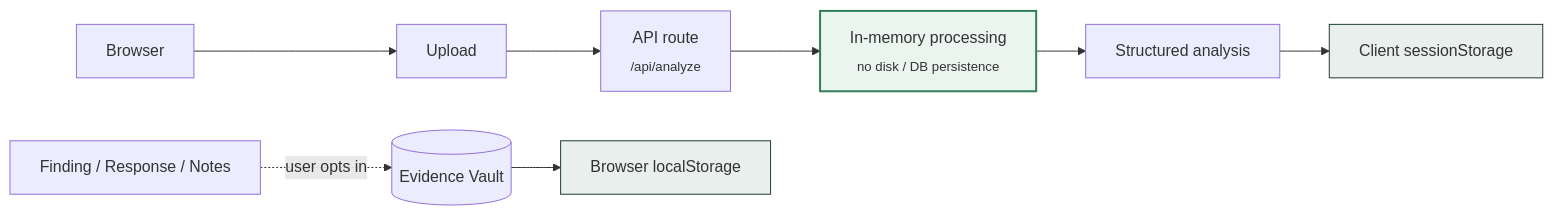
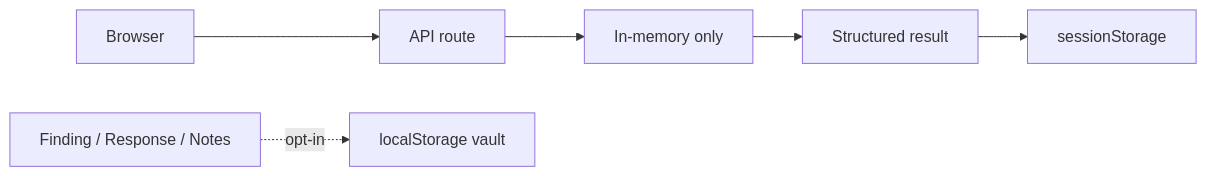
Diagram 12 of 12 in README.md (KodeMeister-YT/CivicShield), drawn with Mermaid before and after one commit. The commit also changed other lines of this file, not shown here.

Commit message:
docs: trim README prose, keep all diagrams and data

````diff
--- a/README.md
+++ b/README.md
@@ -372,15 +206,6 @@
 ```mermaid
 flowchart LR
-    B[Browser] --> UP[Upload]
-    UP --> API[API route<br/><sub>/api/analyze</sub>]
-    API --> MEM[In-memory processing<br/><sub>no disk / DB persistence</sub>]
-    MEM --> SA[Structured analysis]
-    SA --> SS[Client sessionStorage]
-
-    F2[Finding / Response / Notes] -.user opts in.-> EV[(Evidence Vault)]
-    EV --> LS[Browser localStorage]
-
-    style MEM fill:#eaf5ef,stroke:#2f7d5c,stroke-width:2px
-    style SS fill:#e8efec,stroke:#1c3a3a
-    style LS fill:#e8efec,stroke:#1c3a3a
+    B[Browser] --> API[API route] --> MEM[In-memory only] --> SA[Structured result]
+    SA --> SS[sessionStorage]
+    EVI[Finding / Response / Notes] -.opt-in.-> LS[localStorage vault]
 ```
````
